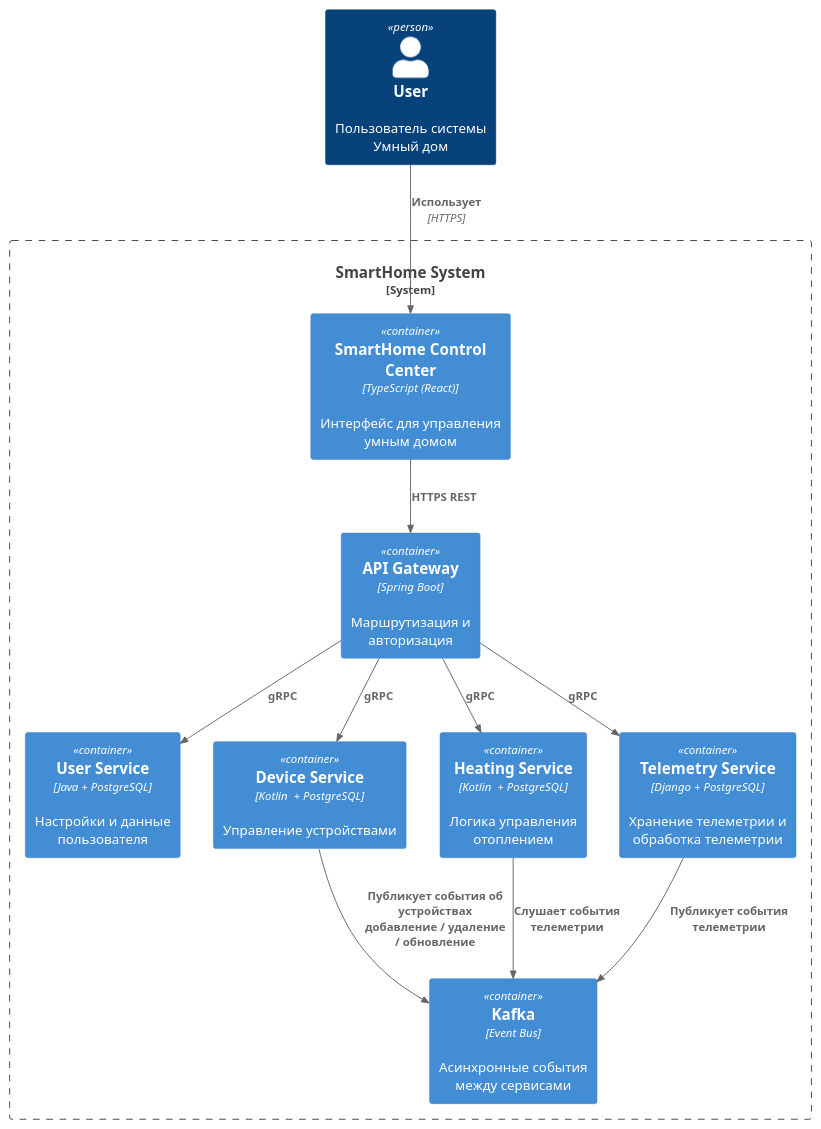
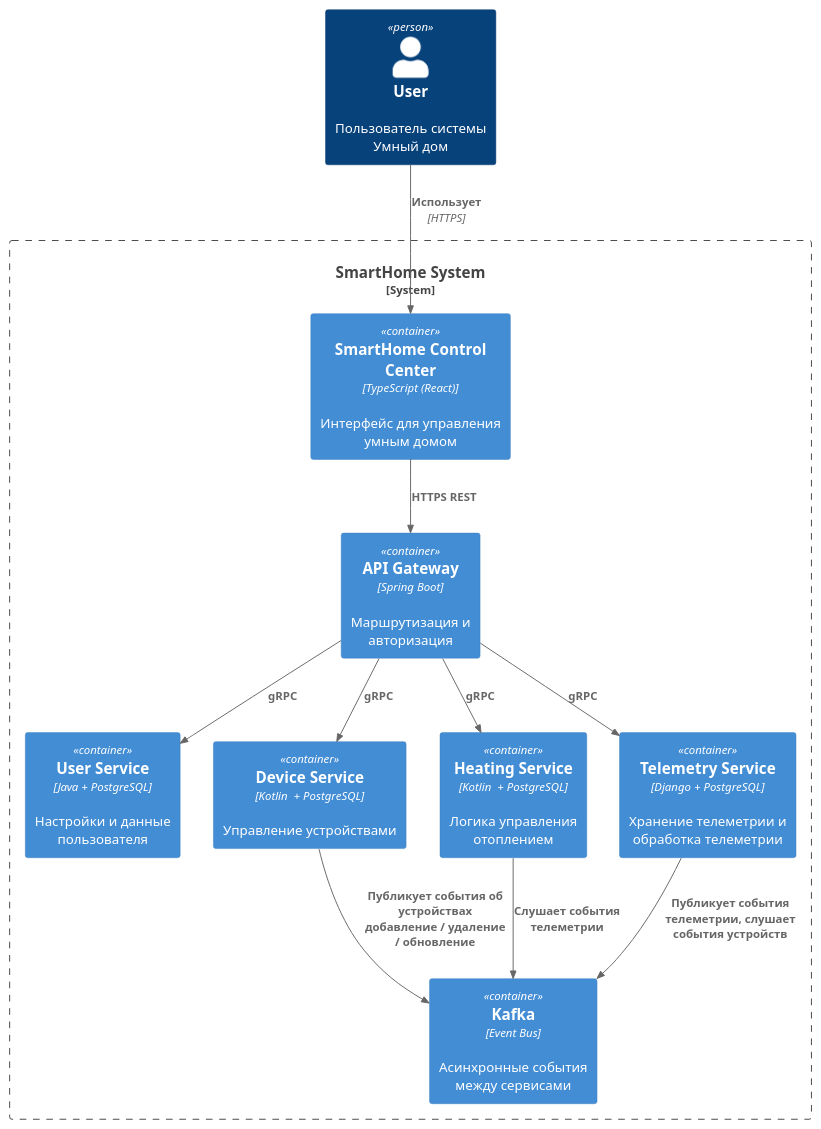
One commit to vladislavego/architecture-warmhouse changed the diagram in diagrams/container/WarmHouse_Container.puml. Above: the diagram before and after it, drawn with PlantUML. The commit also changed 2 other files, not shown here.

```diff
--- a/diagrams/container/WarmHouse_Container.puml
+++ b/diagrams/container/WarmHouse_Container.puml
@@ -1,26 +1,26 @@
 @startuml Warmhouse_Container
 !includeurl https://raw.githubusercontent.com/plantuml-stdlib/C4-PlantUML/master/C4_Container.puml
 
 Person(user, "User", "Пользователь системы Умный дом")
 
 System_Boundary(warmhouse, "SmartHome System") {
     Container(frontend, "SmartHome Control Center", "TypeScript (React)", "Интерфейс для управления умным домом")
     Container(api, "API Gateway", "Spring Boot", "Маршрутизация и авторизация")
     Container(userService, "User Service", "Java + PostgreSQL", "Настройки и данные пользователя")
     Container(deviceService, "Device Service", "Kotlin  + PostgreSQL", "Управление устройствами")
     Container(heatingService, "Heating Service", "Kotlin  + PostgreSQL", "Логика управления отоплением")
     Container(telemetryService, "Telemetry Service", "Django + PostgreSQL", "Хранение телеметрии и обработка телеметрии")
     Container(kafka, "Kafka", "Event Bus", "Асинхронные события между сервисами")
 }
 
 Rel(user, frontend, "Использует", "HTTPS")
 Rel(frontend, api, "HTTPS REST")
 Rel(api, userService, "gRPC")
 Rel(api, deviceService, "gRPC")
 Rel(api, heatingService, "gRPC")
 Rel(api, telemetryService, "gRPC")
-Rel(telemetryService, kafka, "Публикует события телеметрии")
+Rel(telemetryService, kafka, "Публикует события телеметрии, слушает события устройств")
 Rel(heatingService, kafka, "Слушает события телеметрии")
 Rel(deviceService, kafka, "Публикует события об устройствах добавление / удаление / обновление")
 
 @enduml
```
